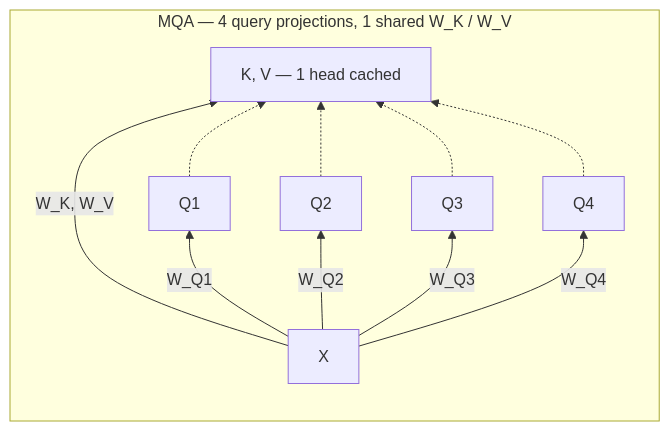
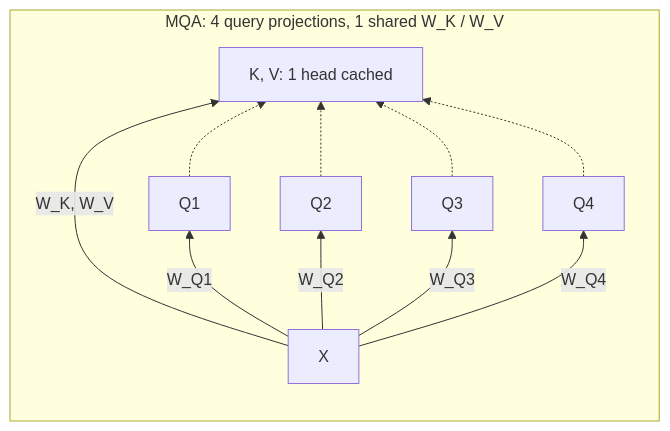
One commit to hyunwonch/hyunwonch.github.io changed the sixth of 9 diagrams in _posts/2026-08-19-evolution-of-attention.md. Above: the diagram before and after it, drawn with Mermaid. The commit also changed other lines of this file, not shown here.

````diff
--- a/_posts/2026-08-19-evolution-of-attention.md
+++ b/_posts/2026-08-19-evolution-of-attention.md
@@ -177,16 +177,16 @@
 ```mermaid
 %%{init: {'flowchart': {'useMaxWidth': false}}}%%
 graph BT
-    subgraph MQA["MQA — 4 query projections, 1 shared W_K / W_V"]
+    subgraph MQA["MQA: 4 query projections, 1 shared W_K / W_V"]
         direction BT
         XC["X"] -->|"W_Q1"| C1["Q1"]
         XC -->|"W_Q2"| C2["Q2"]
         XC -->|"W_Q3"| C3["Q3"]
         XC -->|"W_Q4"| C4["Q4"]
-        XC -->|"W_K, W_V"| CK1["K, V — 1 head cached"]
+        XC -->|"W_K, W_V"| CK1["K, V: 1 head cached"]
         C1 -.-> CK1
         C2 -.-> CK1
         C3 -.-> CK1
         C4 -.-> CK1
     end
 ```
````
